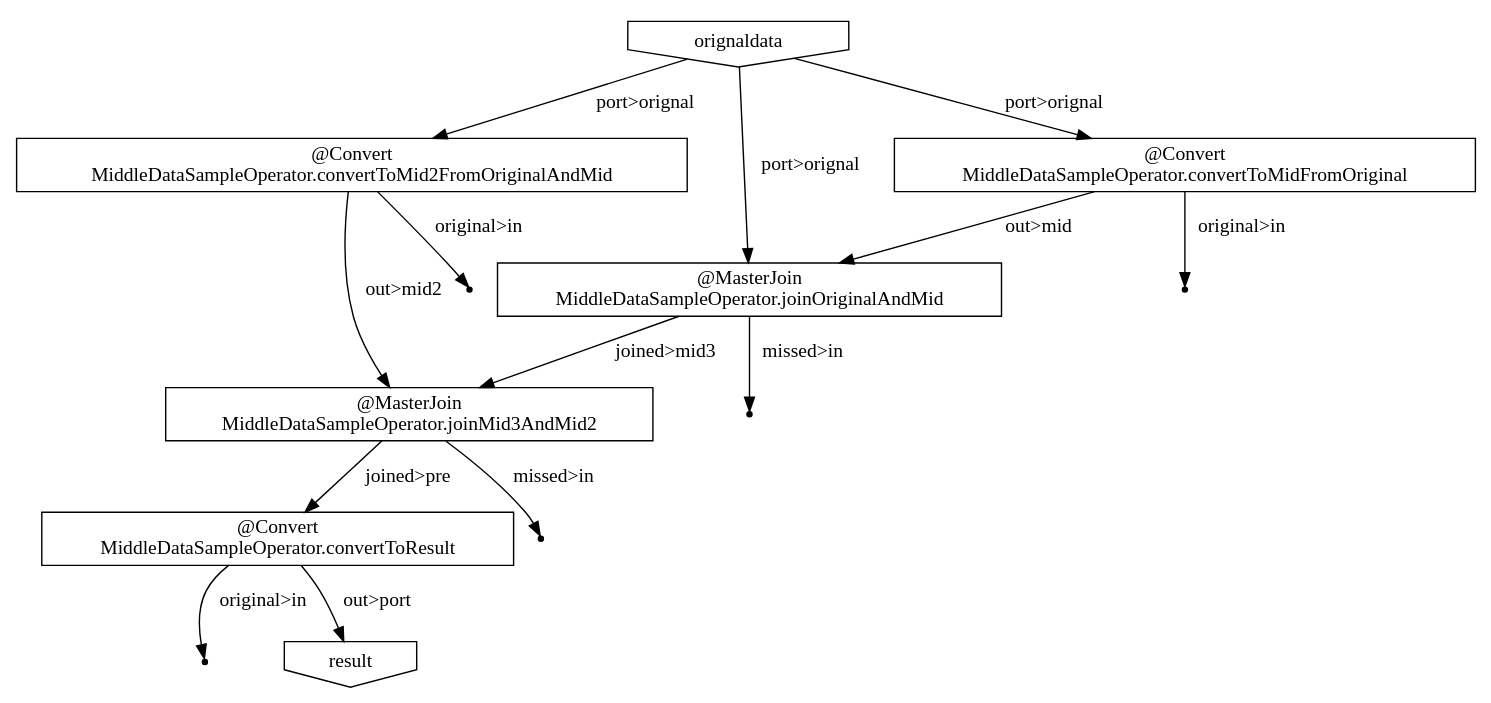
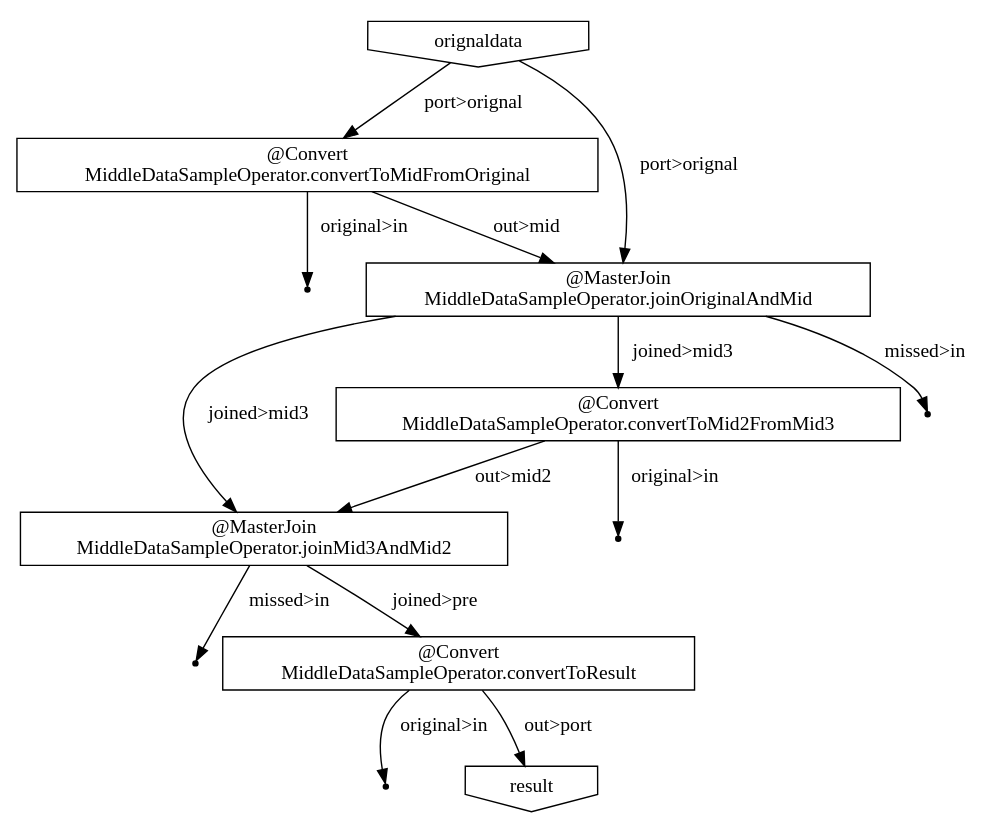
The diagram in target/batchcwork/mdsBatch/TheMiddataSampleJobFlow/build/bin/META-INF/visualize/flowgraph.dot (ironpeace/AsakusaMiddleDataSample), drawn with Graphviz before and after one commit. The commit also changed 62 other files, not shown here.

```diff
--- a/target/batchcwork/mdsBatch/TheMiddataSampleJobFlow/build/bin/META-INF/visualize/flowgraph.dot
+++ b/target/batchcwork/mdsBatch/TheMiddataSampleJobFlow/build/bin/META-INF/visualize/flowgraph.dot
@@ -1,27 +1,27 @@
 digraph {
-    "07ff917d-b2a3-4abd-a8fc-4fb5b1eb7093" [shape=box, label="@MasterJoin\nMiddleDataSampleOperator.joinMid3AndMid2"];
-    "7ac86eab-b7d3-4603-ab13-613bda037e93" [shape=box, label="@Convert\nMiddleDataSampleOperator.convertToMid2FromOriginalAndMid"];
-    "34fbf71b-8331-46dd-a3b0-f3b4fc26c46b" [shape=point];
-    "8414a71f-a015-4387-a0a8-c01a27eef809" [shape=invhouse, label="result"];
-    "8bf6ceda-c4ac-4db6-9cd1-51edc5856a87" [shape=box, label="@Convert\nMiddleDataSampleOperator.convertToResult"];
-    "6aa9adb3-3b94-46ab-95c6-0491eeca9357" [shape=point];
-    "7f0c2d72-83db-4c5e-b0ed-b85ccde4b039" [shape=invhouse, label="orignaldata"];
-    "beb8e5e2-0536-41ae-95b1-ba7682be7537" [shape=box, label="@MasterJoin\nMiddleDataSampleOperator.joinOriginalAndMid"];
-    "7799e9e0-4ec7-42b9-b7d9-b590236c4284" [shape=point];
-    "167526d3-68ee-4254-8f00-8077ed26855f" [shape=point];
-    "086eee55-f76e-4c67-ad13-01e04b05da4f" [shape=point];
-    "29fe9212-cde8-4538-8c02-1c9c3f708001" [shape=box, label="@Convert\nMiddleDataSampleOperator.convertToMidFromOriginal"];
-    "07ff917d-b2a3-4abd-a8fc-4fb5b1eb7093" -> "8bf6ceda-c4ac-4db6-9cd1-51edc5856a87" [label="joined>pre"];
-    "07ff917d-b2a3-4abd-a8fc-4fb5b1eb7093" -> "7799e9e0-4ec7-42b9-b7d9-b590236c4284" [label="missed>in"];
-    "7ac86eab-b7d3-4603-ab13-613bda037e93" -> "167526d3-68ee-4254-8f00-8077ed26855f" [label="original>in"];
-    "7ac86eab-b7d3-4603-ab13-613bda037e93" -> "07ff917d-b2a3-4abd-a8fc-4fb5b1eb7093" [label="out>mid2"];
-    "8bf6ceda-c4ac-4db6-9cd1-51edc5856a87" -> "34fbf71b-8331-46dd-a3b0-f3b4fc26c46b" [label="original>in"];
-    "8bf6ceda-c4ac-4db6-9cd1-51edc5856a87" -> "8414a71f-a015-4387-a0a8-c01a27eef809" [label="out>port"];
-    "7f0c2d72-83db-4c5e-b0ed-b85ccde4b039" -> "7ac86eab-b7d3-4603-ab13-613bda037e93" [label="port>orignal"];
-    "7f0c2d72-83db-4c5e-b0ed-b85ccde4b039" -> "beb8e5e2-0536-41ae-95b1-ba7682be7537" [label="port>orignal"];
-    "7f0c2d72-83db-4c5e-b0ed-b85ccde4b039" -> "29fe9212-cde8-4538-8c02-1c9c3f708001" [label="port>orignal"];
-    "beb8e5e2-0536-41ae-95b1-ba7682be7537" -> "07ff917d-b2a3-4abd-a8fc-4fb5b1eb7093" [label="joined>mid3"];
-    "beb8e5e2-0536-41ae-95b1-ba7682be7537" -> "086eee55-f76e-4c67-ad13-01e04b05da4f" [label="missed>in"];
-    "29fe9212-cde8-4538-8c02-1c9c3f708001" -> "6aa9adb3-3b94-46ab-95c6-0491eeca9357" [label="original>in"];
-    "29fe9212-cde8-4538-8c02-1c9c3f708001" -> "beb8e5e2-0536-41ae-95b1-ba7682be7537" [label="out>mid"];
+    "451756d9-8db1-48cc-bcc6-fa273a90183d" [shape=point];
+    "9ab6d631-228e-4a1f-80a1-1507170de907" [shape=invhouse, label="result"];
+    "6d96c268-5cab-499b-b008-07c0aa88f805" [shape=box, label="@MasterJoin\nMiddleDataSampleOperator.joinMid3AndMid2"];
+    "eea28402-161d-480d-9be1-01d686eb3b74" [shape=point];
+    "7dc9bd00-a318-4f13-a165-a31ab30f5d37" [shape=point];
+    "e798d884-c10d-4f11-9cec-8ce37bb6e00e" [shape=box, label="@Convert\nMiddleDataSampleOperator.convertToMid2FromMid3"];
+    "21a82e28-1eae-45c1-8c42-171375c3641d" [shape=box, label="@Convert\nMiddleDataSampleOperator.convertToMidFromOriginal"];
+    "43494b5a-aefd-4c74-b40c-506cedaa432c" [shape=invhouse, label="orignaldata"];
+    "5c8a8f90-3625-4efe-acc5-1c7cdc8ca5da" [shape=point];
+    "8c55d1e9-0062-489d-999a-c099a43f6430" [shape=point];
+    "ae8711f3-13e5-48f0-864d-fb5608aa8265" [shape=box, label="@Convert\nMiddleDataSampleOperator.convertToResult"];
+    "64d5e7a1-f7f9-4ba5-9991-9b477e4c1b25" [shape=box, label="@MasterJoin\nMiddleDataSampleOperator.joinOriginalAndMid"];
+    "6d96c268-5cab-499b-b008-07c0aa88f805" -> "ae8711f3-13e5-48f0-864d-fb5608aa8265" [label="joined>pre"];
+    "6d96c268-5cab-499b-b008-07c0aa88f805" -> "eea28402-161d-480d-9be1-01d686eb3b74" [label="missed>in"];
+    "e798d884-c10d-4f11-9cec-8ce37bb6e00e" -> "7dc9bd00-a318-4f13-a165-a31ab30f5d37" [label="original>in"];
+    "e798d884-c10d-4f11-9cec-8ce37bb6e00e" -> "6d96c268-5cab-499b-b008-07c0aa88f805" [label="out>mid2"];
+    "21a82e28-1eae-45c1-8c42-171375c3641d" -> "5c8a8f90-3625-4efe-acc5-1c7cdc8ca5da" [label="original>in"];
+    "21a82e28-1eae-45c1-8c42-171375c3641d" -> "64d5e7a1-f7f9-4ba5-9991-9b477e4c1b25" [label="out>mid"];
+    "43494b5a-aefd-4c74-b40c-506cedaa432c" -> "21a82e28-1eae-45c1-8c42-171375c3641d" [label="port>orignal"];
+    "43494b5a-aefd-4c74-b40c-506cedaa432c" -> "64d5e7a1-f7f9-4ba5-9991-9b477e4c1b25" [label="port>orignal"];
+    "ae8711f3-13e5-48f0-864d-fb5608aa8265" -> "451756d9-8db1-48cc-bcc6-fa273a90183d" [label="original>in"];
+    "ae8711f3-13e5-48f0-864d-fb5608aa8265" -> "9ab6d631-228e-4a1f-80a1-1507170de907" [label="out>port"];
+    "64d5e7a1-f7f9-4ba5-9991-9b477e4c1b25" -> "e798d884-c10d-4f11-9cec-8ce37bb6e00e" [label="joined>mid3"];
+    "64d5e7a1-f7f9-4ba5-9991-9b477e4c1b25" -> "6d96c268-5cab-499b-b008-07c0aa88f805" [label="joined>mid3"];
+    "64d5e7a1-f7f9-4ba5-9991-9b477e4c1b25" -> "8c55d1e9-0062-489d-999a-c099a43f6430" [label="missed>in"];
 }
```
